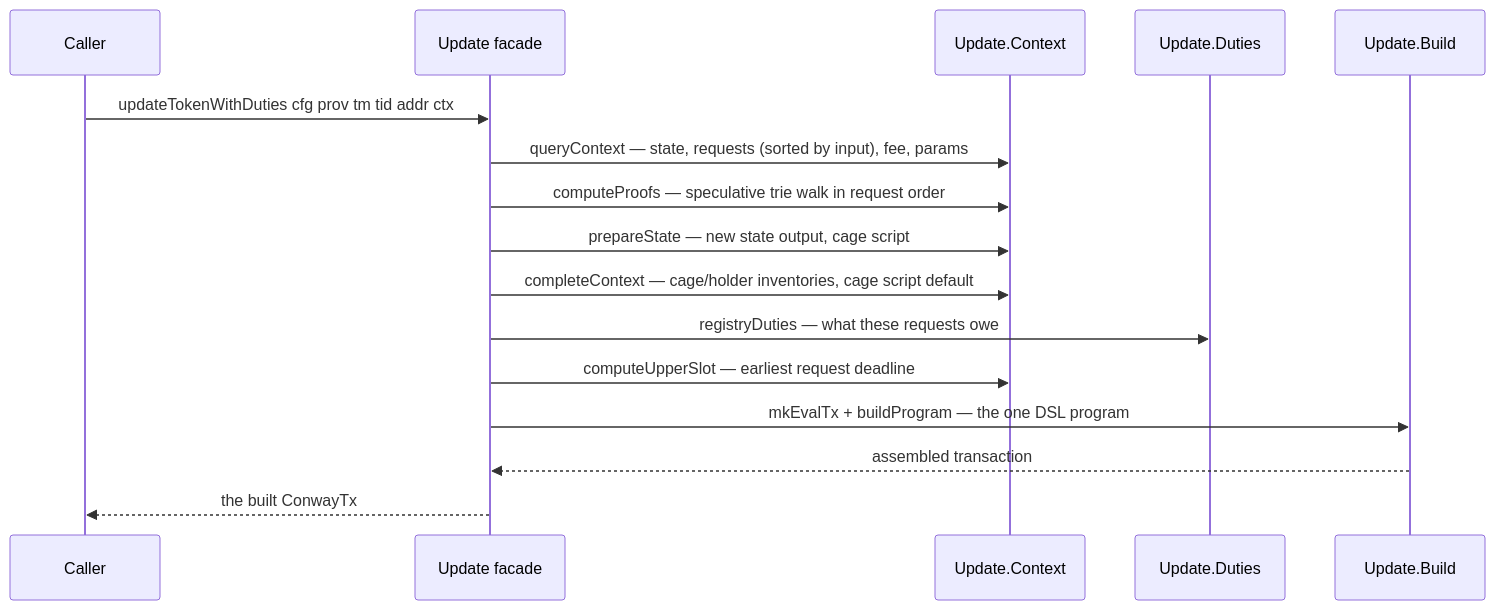
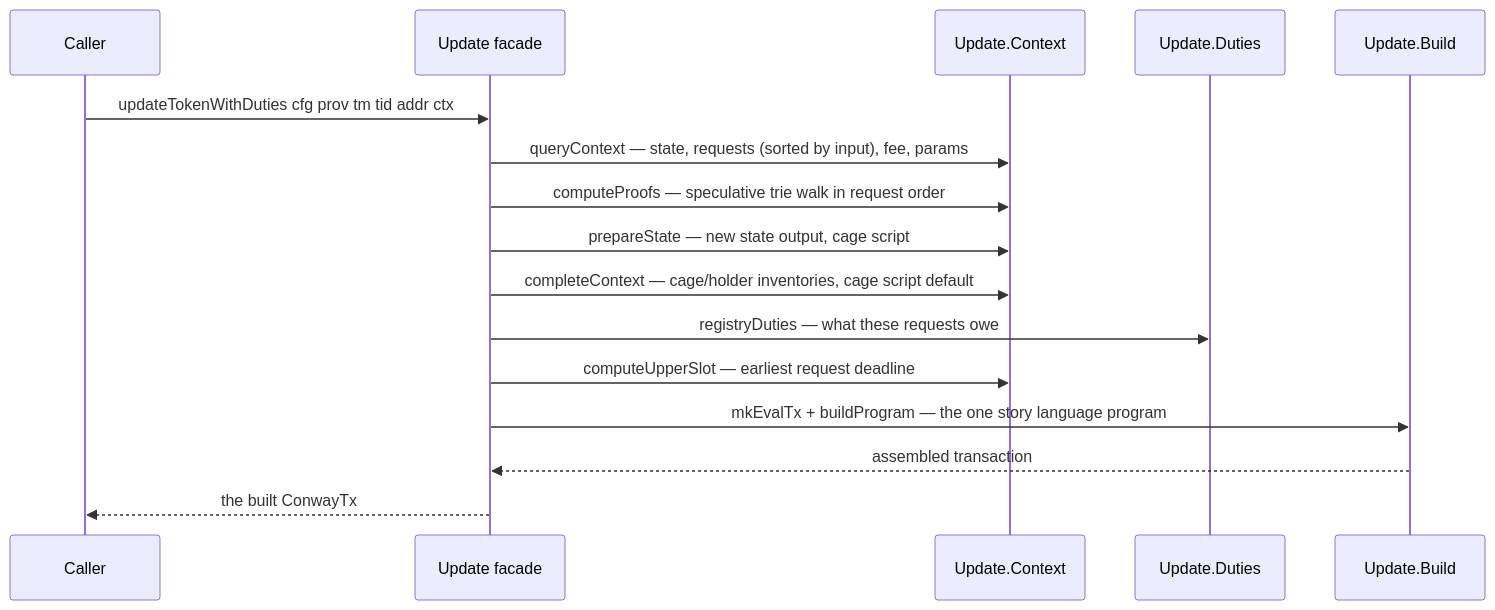
One commit to lambdasistemi/singular changed the second of 2 diagrams in docs/offchain-fold-responsibilities.md. Above: the diagram before and after it, drawn with Mermaid. The commit also changed other lines of this file and 497 other files, not shown here.

````diff
--- a/docs/offchain-fold-responsibilities.md
+++ b/docs/offchain-fold-responsibilities.md
@@ -99,18 +99,18 @@
 ```mermaid
 sequenceDiagram
     participant Caller
     participant Facade as Update facade
     participant Ctx as Update.Context
     participant Dut as Update.Duties
     participant Bld as Update.Build
     Caller->>Facade: updateTokenWithDuties cfg prov tm tid addr ctx
     Facade->>Ctx: queryContext — state, requests (sorted by input), fee, params
     Facade->>Ctx: computeProofs — speculative trie walk in request order
     Facade->>Ctx: prepareState — new state output, cage script
     Facade->>Ctx: completeContext — cage/holder inventories, cage script default
     Facade->>Dut: registryDuties — what these requests owe
     Facade->>Ctx: computeUpperSlot — earliest request deadline
-    Facade->>Bld: mkEvalTx + buildProgram — the one DSL program
+    Facade->>Bld: mkEvalTx + buildProgram — the one story language program
     Bld-->>Facade: assembled transaction
     Facade-->>Caller: the built ConwayTx
 ```
````
